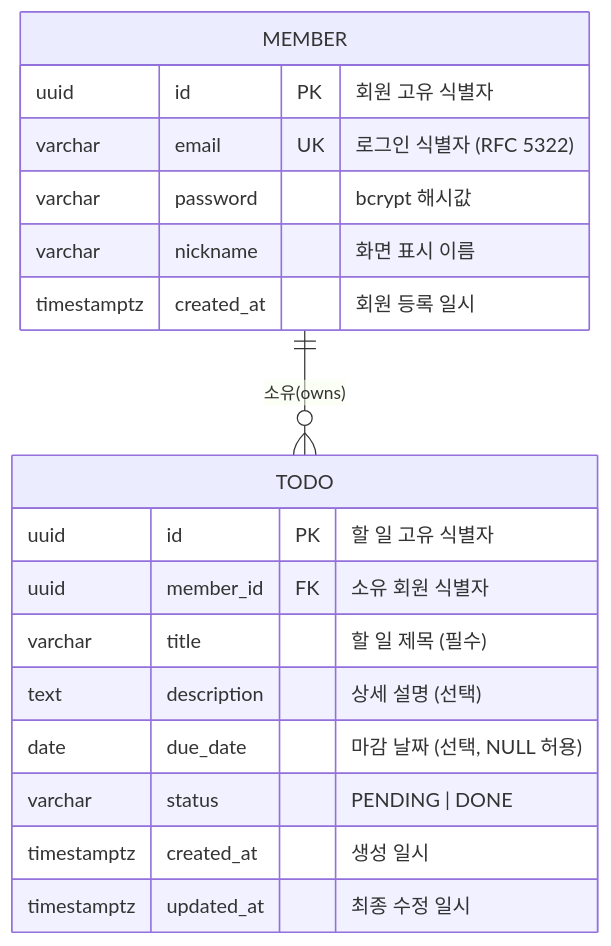
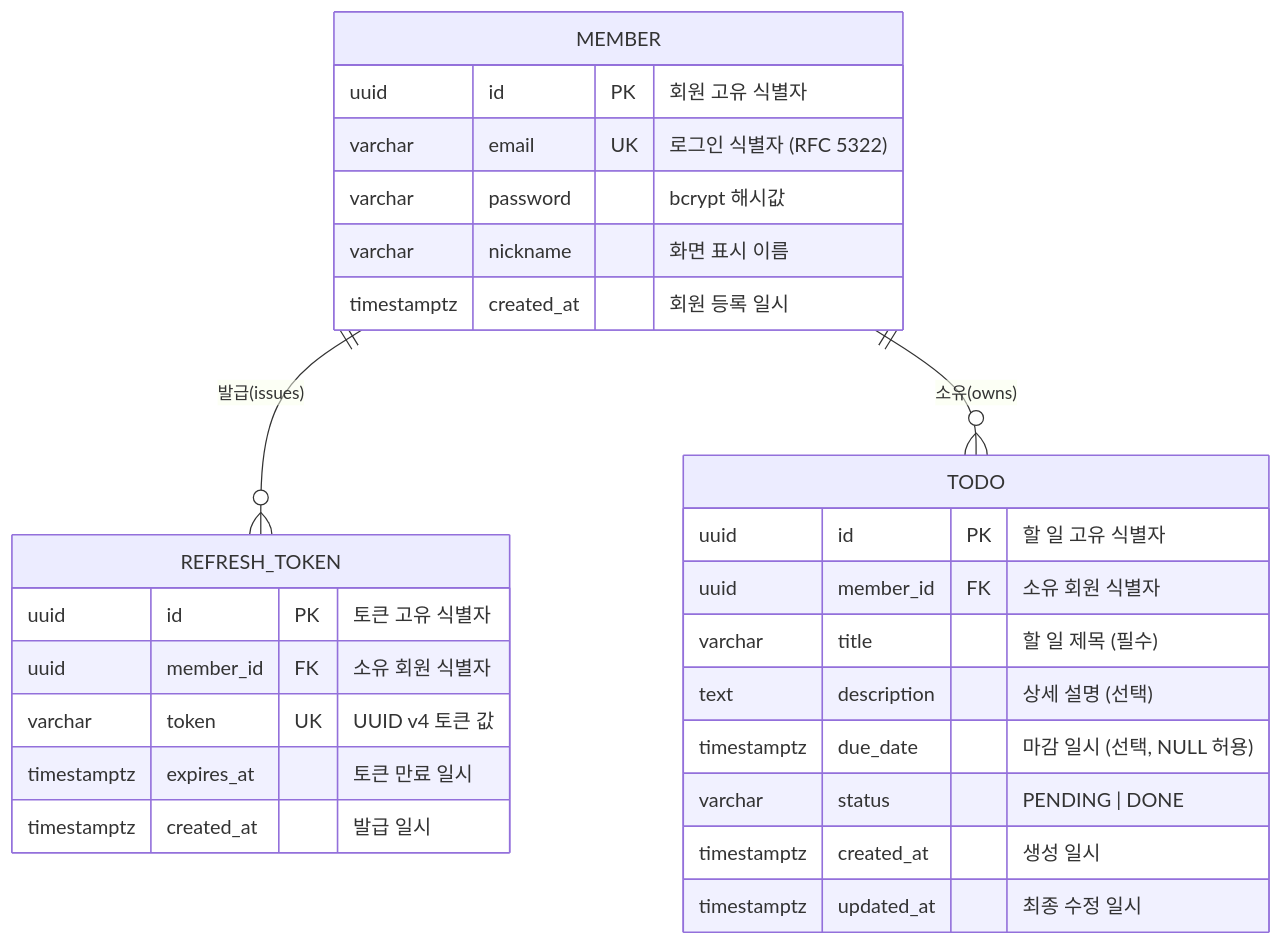
Before and after one commit to sehee-jeong/my-todolist: the diagram in docs/6-ERD.md, drawn with Mermaid. The commit also changed other lines of this file and 3 other files, not shown here.

````diff
--- a/docs/6-ERD.md
+++ b/docs/6-ERD.md
@@ -15,23 +23,32 @@
 ```mermaid
 erDiagram
     MEMBER {
-        uuid    id          PK  "회원 고유 식별자"
-        varchar email       UK  "로그인 식별자 (RFC 5322)"
-        varchar password        "bcrypt 해시값"
-        varchar nickname        "화면 표시 이름"
-        timestamptz created_at  "회원 등록 일시"
+        uuid        id          PK  "회원 고유 식별자"
+        varchar     email       UK  "로그인 식별자 (RFC 5322)"
+        varchar     password        "bcrypt 해시값"
+        varchar     nickname        "화면 표시 이름"
+        timestamptz created_at      "회원 등록 일시"
+    }
+
+    REFRESH_TOKEN {
+        uuid        id          PK  "토큰 고유 식별자"
+        uuid        member_id   FK  "소유 회원 식별자"
+        varchar     token       UK  "UUID v4 토큰 값"
+        timestamptz expires_at      "토큰 만료 일시"
+        timestamptz created_at      "발급 일시"
     }
 
     TODO {
-        uuid    id          PK  "할 일 고유 식별자"
-        uuid    member_id   FK  "소유 회원 식별자"
-        varchar title           "할 일 제목 (필수)"
-        text    description     "상세 설명 (선택)"
-        date    due_date        "마감 날짜 (선택, NULL 허용)"
-        varchar status          "PENDING | DONE"
-        timestamptz created_at  "생성 일시"
-        timestamptz updated_at  "최종 수정 일시"
+        uuid        id          PK  "할 일 고유 식별자"
+        uuid        member_id   FK  "소유 회원 식별자"
+        varchar     title           "할 일 제목 (필수)"
+        text        description     "상세 설명 (선택)"
+        timestamptz due_date        "마감 일시 (선택, NULL 허용)"
+        varchar     status          "PENDING | DONE"
+        timestamptz created_at      "생성 일시"
+        timestamptz updated_at      "최종 수정 일시"
     }
 
+    MEMBER ||--o{ REFRESH_TOKEN : "발급(issues)"
     MEMBER ||--o{ TODO : "소유(owns)"
 ```
````
